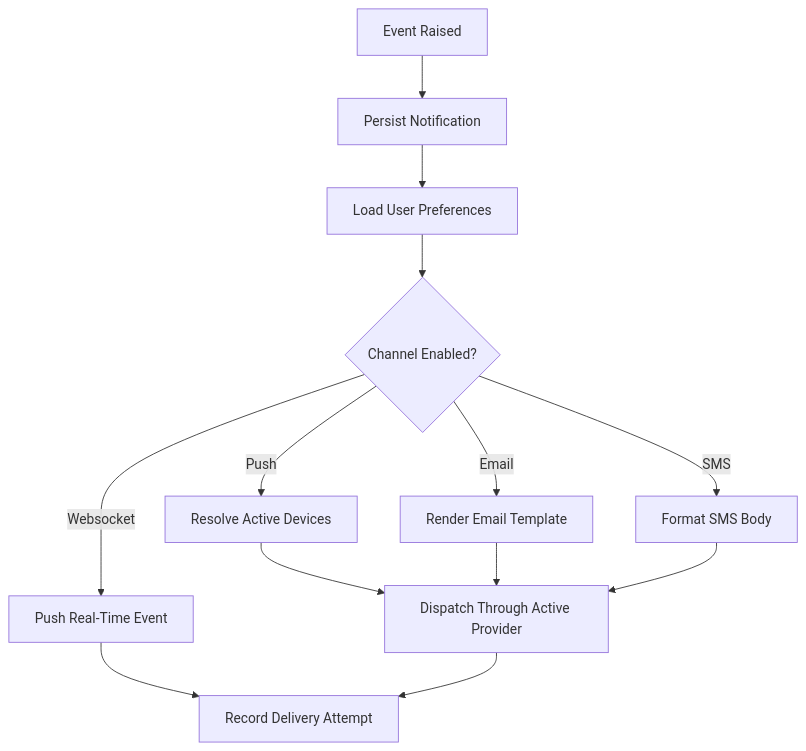
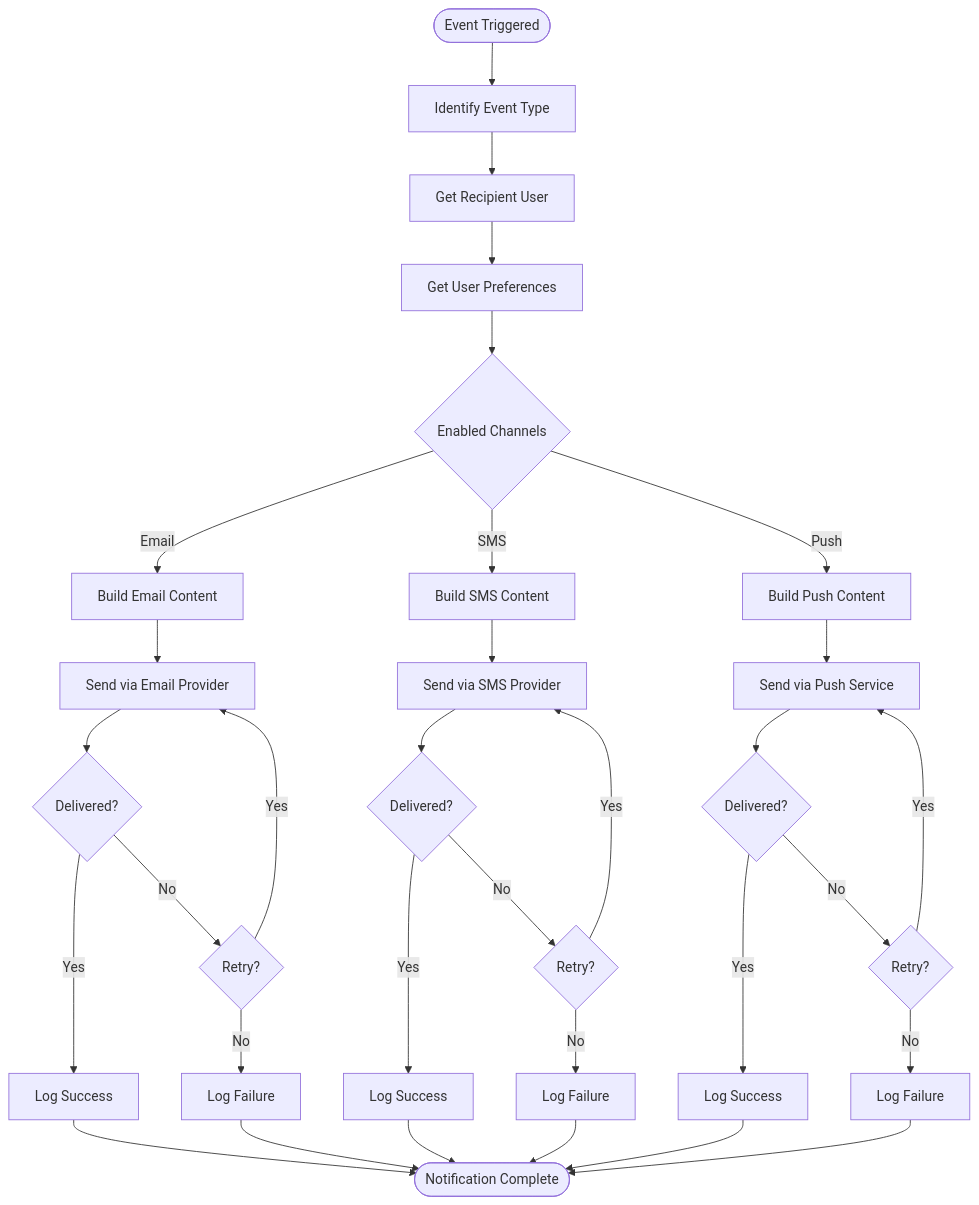
The sixth of 6 diagrams in docs/analysis/activity-diagrams.md (0Ankit0/slot-booking), drawn with Mermaid before and after one commit. The commit also changed other lines of this file and 36 other files, not shown here.

````diff
--- a/docs/analysis/activity-diagrams.md
+++ b/docs/analysis/activity-diagrams.md
@@ -3,15 +262,42 @@
 ```mermaid
 flowchart TD
-  A[Event Raised] --> B[Persist Notification]
-  B --> C[Load User Preferences]
-  C --> D{Channel Enabled?}
-  D -->|Websocket| E[Push Real-Time Event]
-  D -->|Push| F[Resolve Active Devices]
-  D -->|Email| G[Render Email Template]
-  D -->|SMS| H[Format SMS Body]
-  F --> I[Dispatch Through Active Provider]
-  G --> I
-  H --> I
-  E --> J[Record Delivery Attempt]
-  I --> J
+    Start([Event Triggered]) --> IdentifyEvent[Identify Event Type]
+    IdentifyEvent --> GetRecipient[Get Recipient User]
+    GetRecipient --> GetPrefs[Get User Preferences]
+    
+    GetPrefs --> CheckChannels{Enabled Channels}
+    
+    CheckChannels -->|Email| BuildEmail[Build Email Content]
+    CheckChannels -->|SMS| BuildSMS[Build SMS Content]
+    CheckChannels -->|Push| BuildPush[Build Push Content]
+    
+    BuildEmail --> SendEmail[Send via Email Provider]
+    BuildSMS --> SendSMS[Send via SMS Provider]
+    BuildPush --> SendPush[Send via Push Service]
+    
+    SendEmail --> EmailResult{Delivered?}
+    SendSMS --> SMSResult{Delivered?}
+    SendPush --> PushResult{Delivered?}
+    
+    EmailResult -->|Yes| LogEmail[Log Success]
+    EmailResult -->|No| RetryEmail{Retry?}
+    RetryEmail -->|Yes| SendEmail
+    RetryEmail -->|No| FailEmail[Log Failure]
+    
+    SMSResult -->|Yes| LogSMS[Log Success]
+    SMSResult -->|No| RetrySMS{Retry?}
+    RetrySMS -->|Yes| SendSMS
+    RetrySMS -->|No| FailSMS[Log Failure]
+    
+    PushResult -->|Yes| LogPush[Log Success]
+    PushResult -->|No| RetryPush{Retry?}
+    RetryPush -->|Yes| SendPush
+    RetryPush -->|No| FailPush[Log Failure]
+    
+    LogEmail --> Complete
+    LogSMS --> Complete
+    LogPush --> Complete
+    FailEmail --> Complete
+    FailSMS --> Complete
+    FailPush --> Complete([Notification Complete])
 ```
````
